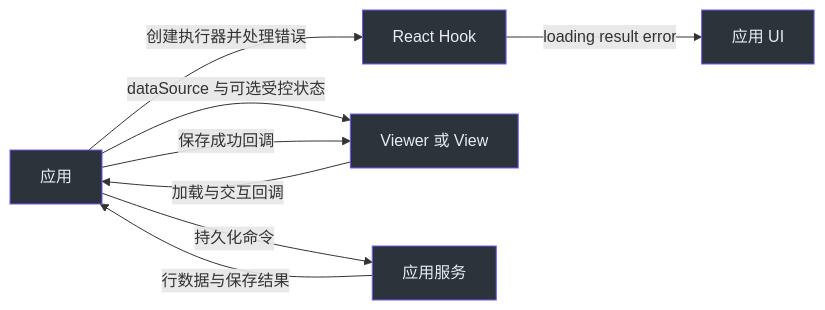
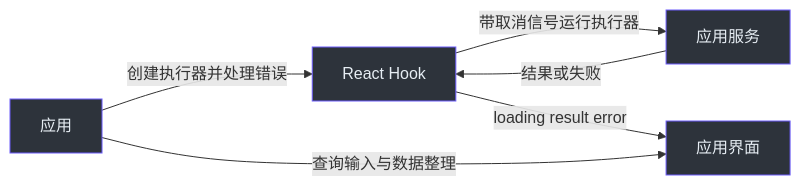
The diagram in wiki/zh/architecture/state-and-resources.md (Ahoo-Wang/fetcher), drawn with Mermaid before and after one commit. The commit also changed other lines of this file and 149 other files, not shown here.

````diff
--- a/wiki/zh/architecture/state-and-resources.md
+++ b/wiki/zh/architecture/state-and-resources.md
@@ -14,11 +14,9 @@
 ```mermaid
 flowchart LR
   App[应用] -->|创建执行器并处理错误| Hook[React Hook]
-  Hook -->|loading result error| UI[应用 UI]
-  App -->|dataSource 与可选受控状态| Table[Viewer 或 View]
-  Table -->|加载与交互回调| App
-  App -->|持久化命令| Server[应用服务]
-  Server -->|行数据与保存结果| App
-  App -->|保存成功回调| Table
+  Hook -->|带取消信号运行执行器| Server[应用服务]
+  Server -->|结果或失败| Hook
+  Hook -->|loading result error| UI[应用界面]
+  App -->|查询输入与数据整理| UI
   classDef default fill:#2d333b,stroke:#6d5dfc,color:#e6edf3
 ```
````
